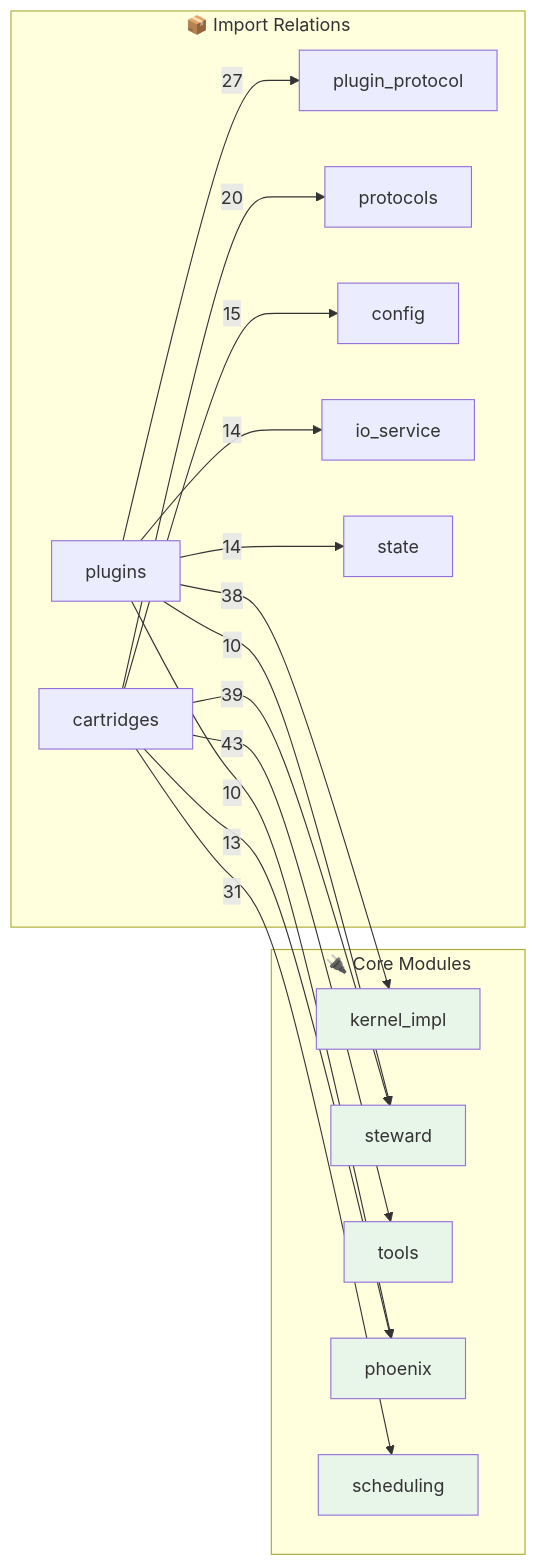
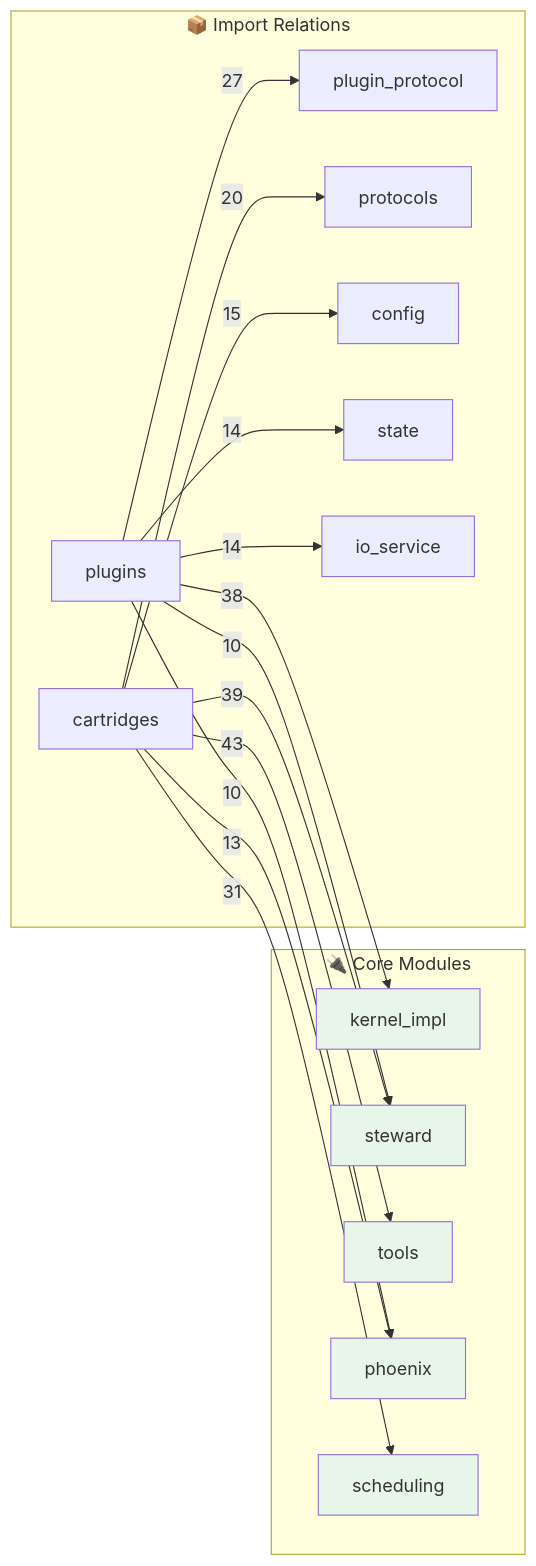
One commit to kimeisele/steward-protocol changed the second of 2 diagrams in OPUS.md. Above: the diagram before and after it, drawn with Mermaid. The commit also changed other lines of this file and 13 other files, not shown here.

````diff
--- a/OPUS.md
+++ b/OPUS.md
@@ -518,31 +518,31 @@
 ```mermaid
 flowchart LR
     subgraph Core["🔌 Core Modules"]
         kernel_impl[kernel_impl]
         steward[steward]
         tools[tools]
         phoenix[phoenix]
         scheduling[scheduling]
     end
 
     subgraph Edges["📦 Import Relations"]
         cartridges -->|43| tools
         cartridges -->|39| steward
         plugins -->|38| kernel_impl
         cartridges -->|31| scheduling
         plugins -->|27| plugin_protocol
         cartridges -->|20| protocols
         cartridges -->|15| config
+        plugins -->|14| state
         plugins -->|14| io_service
-        plugins -->|14| state
         cartridges -->|13| phoenix
         plugins -->|10| steward
         plugins -->|10| phoenix
     end
 
     style kernel_impl fill:#e8f5e9
     style steward fill:#e8f5e9
     style tools fill:#e8f5e9
     style phoenix fill:#e8f5e9
     style scheduling fill:#e8f5e9
 ```
````
